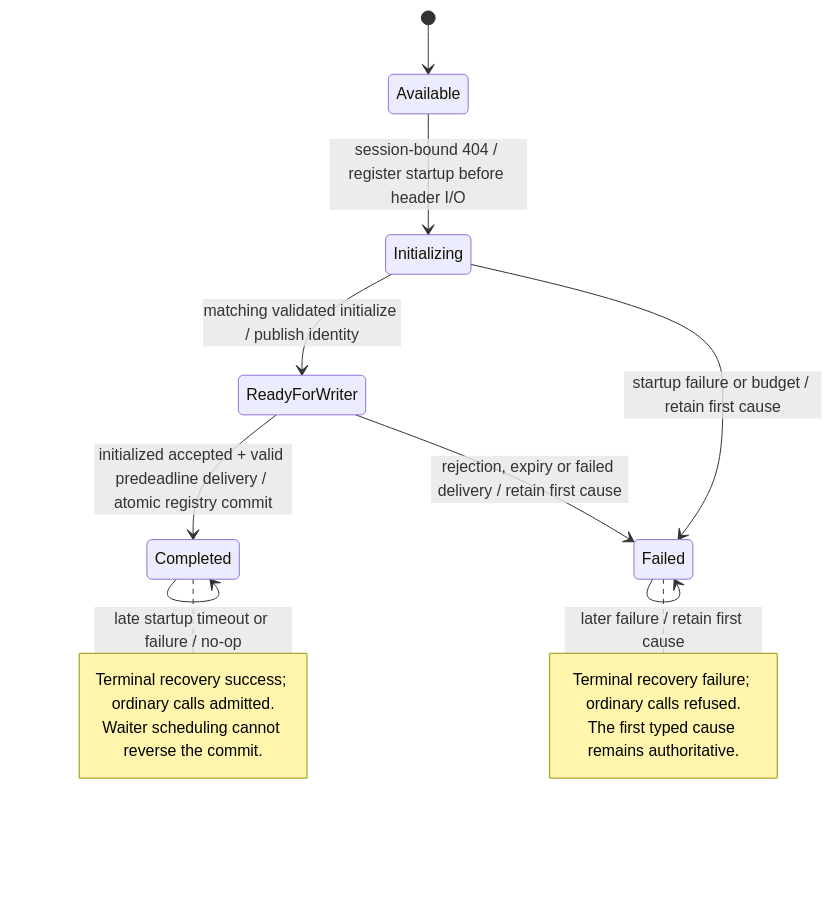
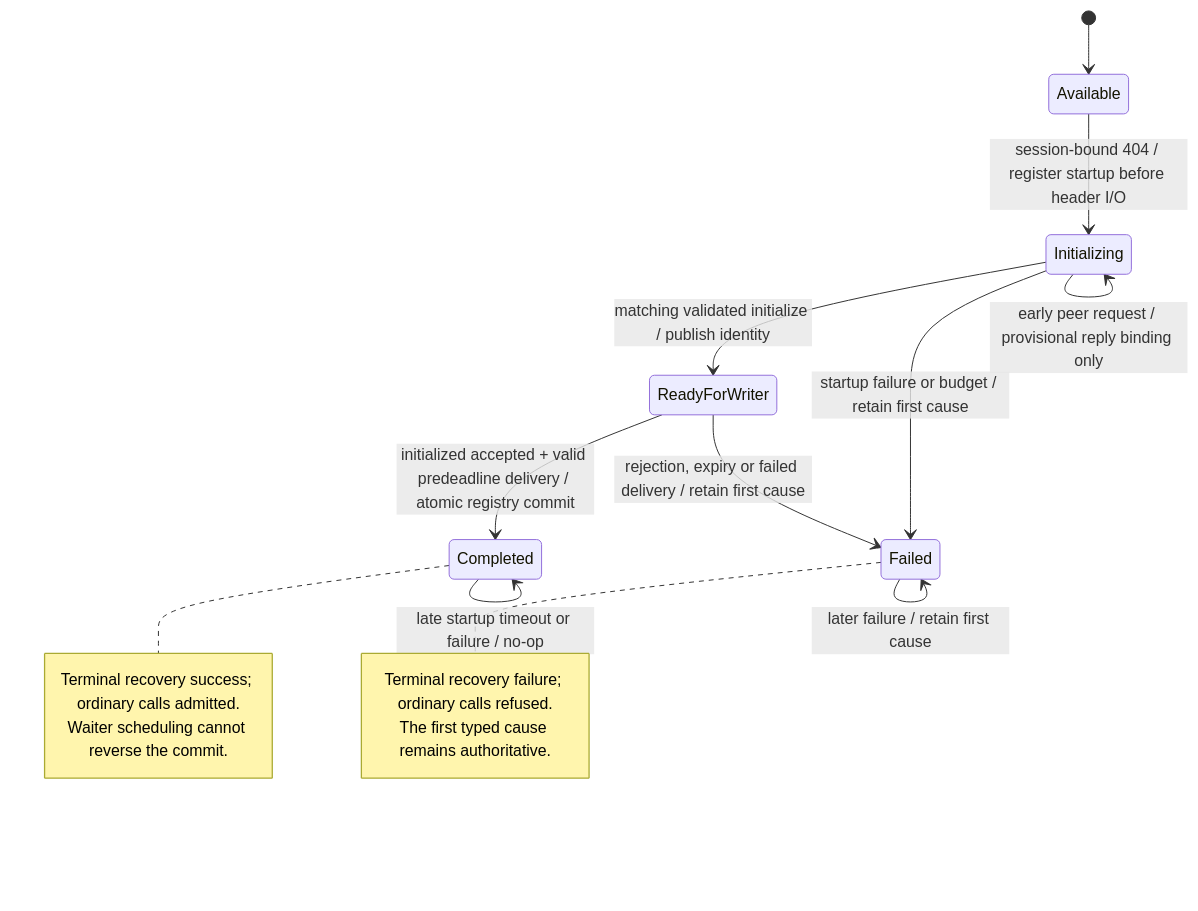
Before and after one commit to nessalabs/nessa-agent: the fourth of 8 diagrams in docs/adr/todo/392-remote-mcp-servers.md, drawn with Mermaid. The commit also changed other lines of this file and 7 other files, not shown here.

Commit message:
Preserve early HTTP reply bindings and share recovery POST policy

````diff
--- a/docs/adr/todo/392-remote-mcp-servers.md
+++ b/docs/adr/todo/392-remote-mcp-servers.md
@@ -431,19 +431,20 @@
 ```mermaid
 stateDiagram-v2
     [*] --> Available
     Available --> Initializing: session-bound 404 / register startup before header I/O
+    Initializing --> Initializing: early peer request / provisional reply binding only
     Initializing --> ReadyForWriter: matching validated initialize / publish identity
     Initializing --> Failed: startup failure or budget / retain first cause
     ReadyForWriter --> Completed: initialized accepted + valid predeadline delivery / atomic registry commit
     ReadyForWriter --> Failed: rejection, expiry or failed delivery / retain first cause
     Completed --> Completed: late startup timeout or failure / no-op
     Failed --> Failed: later failure / retain first cause
     note right of Completed
         Terminal recovery success; ordinary calls admitted.
         Waiter scheduling cannot reverse the commit.
     end note
     note right of Failed
         Terminal recovery failure; ordinary calls refused.
         The first typed cause remains authoritative.
     end note
 ```
````
